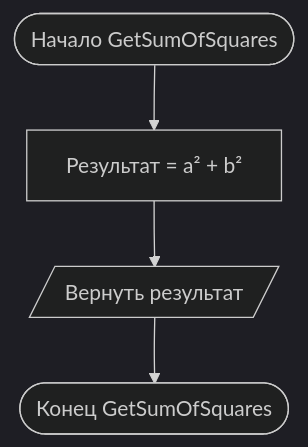
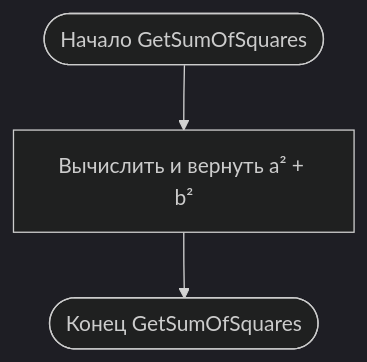
Before and after one commit to lonelyy228/algoritmization-ibd621-2-variant-25-rework: the third of 4 diagrams in Task 1/Task 1-2/Отчёт.md, drawn with Mermaid (dark theme). The commit also changed other lines of this file, not shown here.

Commit message:
Исправлены блок-схемы задания 1.2

````diff
--- a/Task 1/Task 1-2/Отчёт.md
+++ b/Task 1/Task 1-2/Отчёт.md
@@ -33,6 +32,5 @@
 ```mermaid
 flowchart TD
-    A([Начало GetSumOfSquares]) --> B["Результат = a² + b²"]
-    B --> C[/"Вернуть результат"/]
-    C --> D([Конец GetSumOfSquares])
+    A([Начало GetSumOfSquares]) --> B["Вычислить и вернуть a² + b²"]
+    B --> C([Конец GetSumOfSquares])
 ```
````
